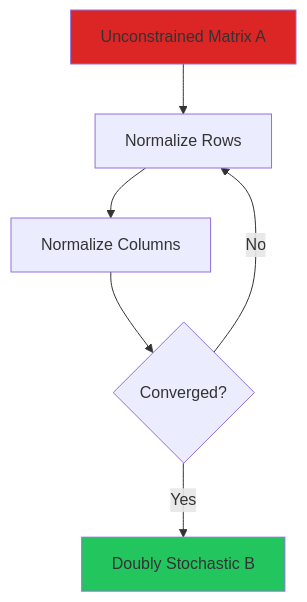
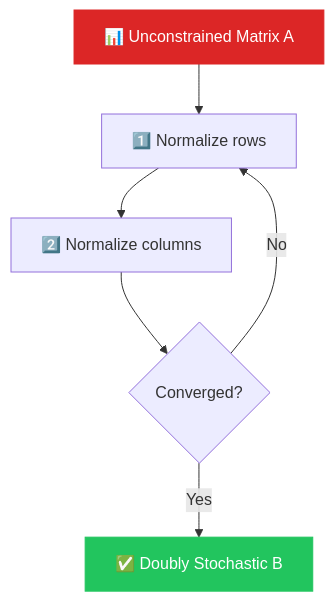
Before and after one commit to sandeeppandey456/sandeeppandey456.github.io: the seventh of 11 diagrams in _posts/2026-01-06-manifold-constrained-hyper-connections.md, drawn with Mermaid. The commit also changed other lines of this file, not shown here.

```diff
--- a/_posts/2026-01-06-manifold-constrained-hyper-connections.md
+++ b/_posts/2026-01-06-manifold-constrained-hyper-connections.md
@@ -295,11 +369,11 @@
 <div class="mermaid">
-flowchart TB
-    A[Unconstrained Matrix A] --> S1[Normalize Rows]
-    S1 --> S2[Normalize Columns]
-    S2 --> Check{Converged?}
-    Check -->|No| S1
-    Check -->|Yes| B[Doubly Stochastic B]
+graph TB
+    A["📊 Unconstrained Matrix A"] --> S1["1️⃣ Normalize rows"]
+    S1 --> S2["2️⃣ Normalize columns"]
+    S2 --> C{Converged?}
+    C -->|No| S1
+    C -->|Yes| B["✅ Doubly Stochastic B"]
     
-    style A fill:#dc2626
-    style B fill:#22c55e
+    style A fill:#dc2626,stroke:#dc2626,color:#fff
+    style B fill:#22c55e,stroke:#22c55e,color:#fff
 </div>
```
